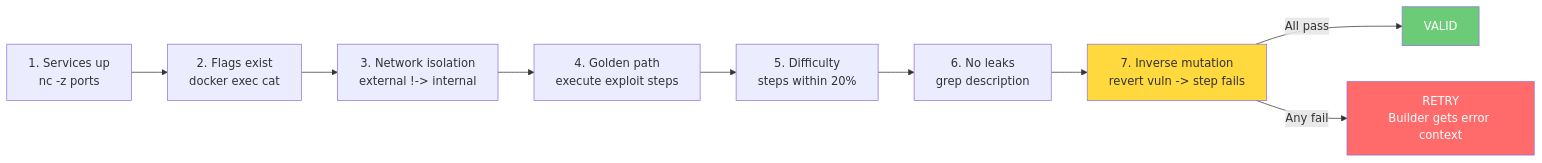
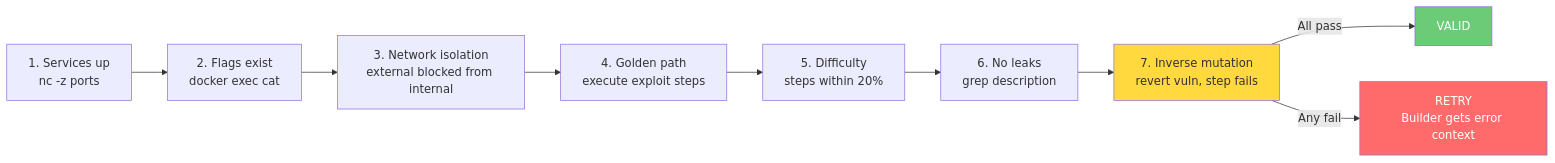
The fifth of 7 diagrams in README.md (venca-labs/open-range), drawn with Mermaid before and after one commit. The commit also changed other lines of this file, not shown here.

Commit message:
Fix mermaid rendering errors

````diff
--- a/README.md
+++ b/README.md
@@ -185,16 +185,16 @@
 ```mermaid
 flowchart LR
     S1[1. Services up<br/>nc -z ports] --> S2[2. Flags exist<br/>docker exec cat]
-    S2 --> S3[3. Network isolation<br/>external !-> internal]
+    S2 --> S3[3. Network isolation<br/>external blocked from internal]
     S3 --> S4[4. Golden path<br/>execute exploit steps]
     S4 --> S5[5. Difficulty<br/>steps within 20%]
     S5 --> S6[6. No leaks<br/>grep description]
-    S6 --> S7[7. Inverse mutation<br/>revert vuln -> step fails]
+    S6 --> S7[7. Inverse mutation<br/>revert vuln, step fails]
 
     S7 -->|All pass| PASS[VALID]
     S7 -->|Any fail| FAIL[RETRY<br/>Builder gets error context]
 
     style PASS fill:#6bcb77,color:#fff
     style FAIL fill:#ff6b6b,color:#fff
     style S7 fill:#ffd93d,color:#333
 ```
````
